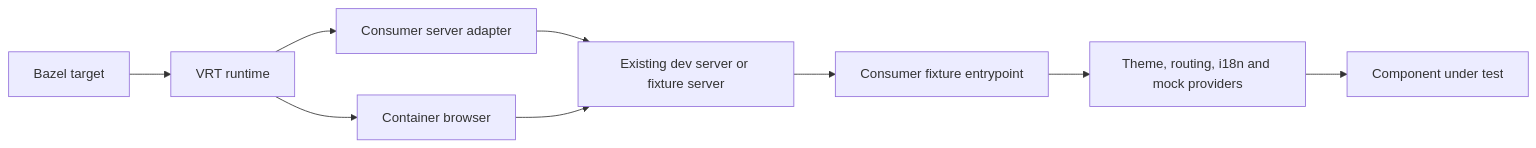
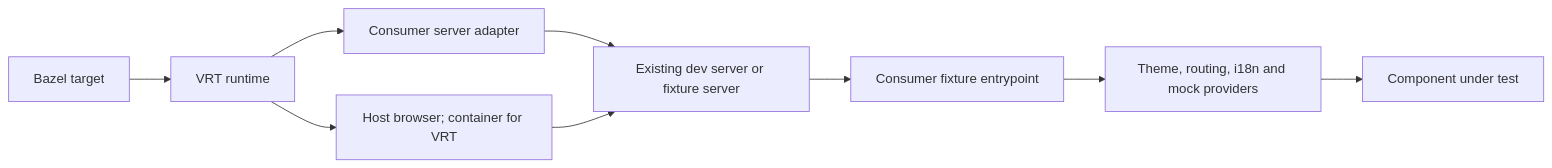
The diagram in docs/customization.md (perplexityai/rules_web_e2e), drawn with Mermaid before and after one commit. The commit also changed other lines of this file and 24 other files, not shown here.

````diff
--- a/docs/customization.md
+++ b/docs/customization.md
@@ -7,11 +7,11 @@
 ```mermaid
 flowchart LR
   Target[Bazel target] --> Runtime[VRT runtime]
   Runtime --> Adapter[Consumer server adapter]
   Adapter --> Server[Existing dev server or fixture server]
-  Runtime --> Browser[Container browser]
+  Runtime --> Browser[Host browser; container for VRT]
   Browser --> Server
   Server --> Entry[Consumer fixture entrypoint]
   Entry --> Shell[Theme, routing, i18n and mock providers]
   Shell --> Component[Component under test]
 ```
````
